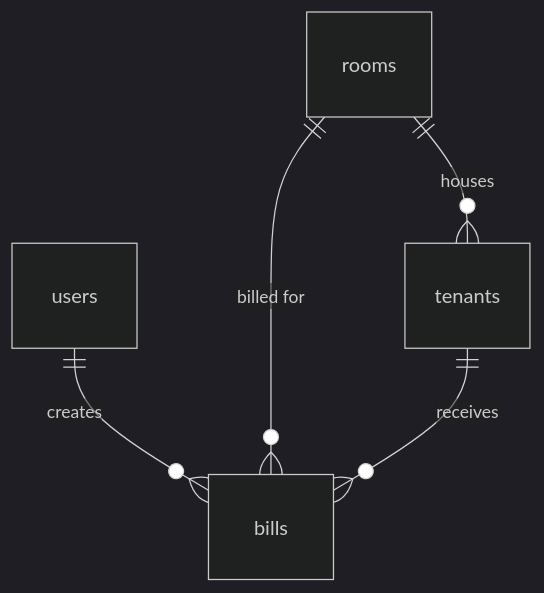
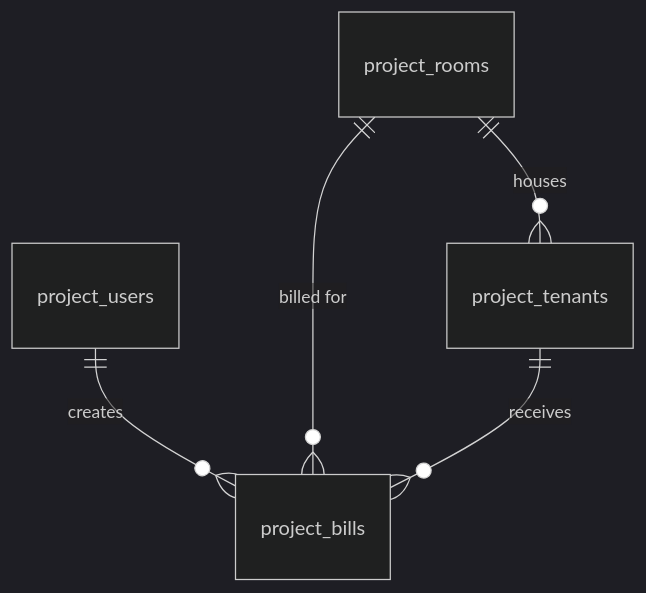
One commit to IcenyxFx/roomledger changed the diagram in README.md. Above: the diagram before and after it, drawn with Mermaid (dark theme). The commit also changed other lines of this file and 8 other files, not shown here.

````diff
--- a/README.md
+++ b/README.md
@@ -60,7 +61,7 @@
 ```mermaid
 erDiagram
-    users ||--o{ bills : "creates"
-    rooms ||--o{ tenants : "houses"
-    rooms ||--o{ bills : "billed for"
-    tenants ||--o{ bills : "receives"
+    project_users ||--o{ project_bills : "creates"
+    project_rooms ||--o{ project_tenants : "houses"
+    project_rooms ||--o{ project_bills : "billed for"
+    project_tenants ||--o{ project_bills : "receives"
 ```
````
